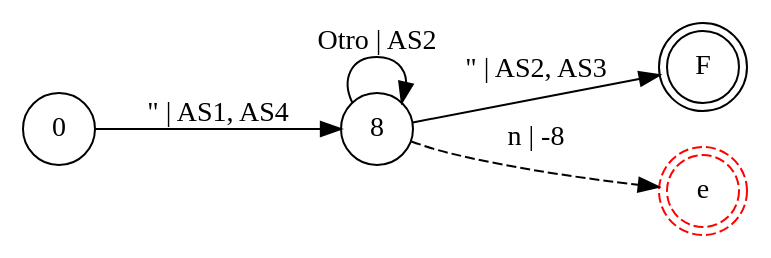
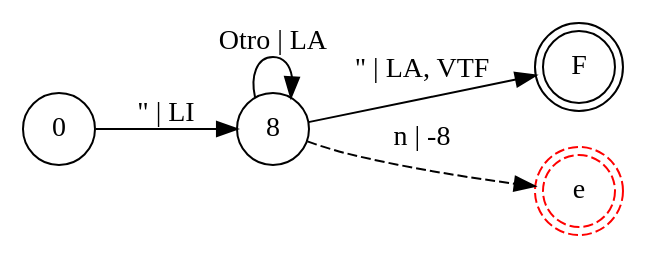
Before and after one commit to iroumec/RouVel-Compiler: the diagram in resources/diagrams/graphs/strings.dot, drawn with Graphviz. The commit also changed 29 other files, not shown here.

```diff
--- a/resources/diagrams/graphs/strings.dot
+++ b/resources/diagrams/graphs/strings.dot
@@ -1,11 +1,11 @@
 digraph DFA {
     rankdir = LR;
     node [shape = circle;];
     F [shape = doublecircle;];
     eS [shape = doublecircle;style = dashed;color = red;label = "e";];
     
-    0 -> 8 [label = "\" | AS1, AS4";];
-    8 -> 8 [label = "Otro | AS2";];
-    8 -> F [label = "\" | AS2, AS3";];
+    0 -> 8 [label = "\" | LI";];
+    8 -> 8 [label = "Otro | LA";];
+    8 -> F [label = "\" | LA, VTF";];
     8 -> eS [label = "n | -8"; style = dashed;];
 }
```
